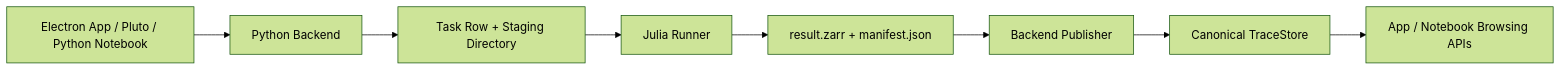
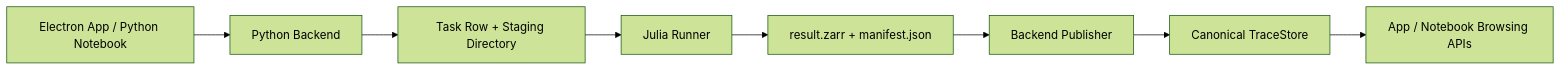
One commit to arfiligol/superconducting-circuits-research-workbench changed the second of 2 diagrams in docs/explanation/architecture/trace-platform-implementation-plan.md. Above: the diagram before and after it, drawn with Mermaid (forest theme). The commit also changed other lines of this file and 16 other files, not shown here.

````diff
--- a/docs/explanation/architecture/trace-platform-implementation-plan.md
+++ b/docs/explanation/architecture/trace-platform-implementation-plan.md
@@ -46,10 +56,10 @@
 ```mermaid
 flowchart LR
-    Surface["Electron App / Pluto / Python Notebook"] --> Backend["Python Backend"]
+    Surface["Electron App / Python Notebook"] --> Backend["Python Backend"]
     Backend --> Task["Task Row + Staging Directory"]
     Task --> Runner["Julia Runner"]
     Runner --> Staging["result.zarr + manifest.json"]
     Staging --> Publisher["Backend Publisher"]
     Publisher --> Store["Canonical TraceStore"]
     Store --> Browser["App / Notebook Browsing APIs"]
 ```
````
